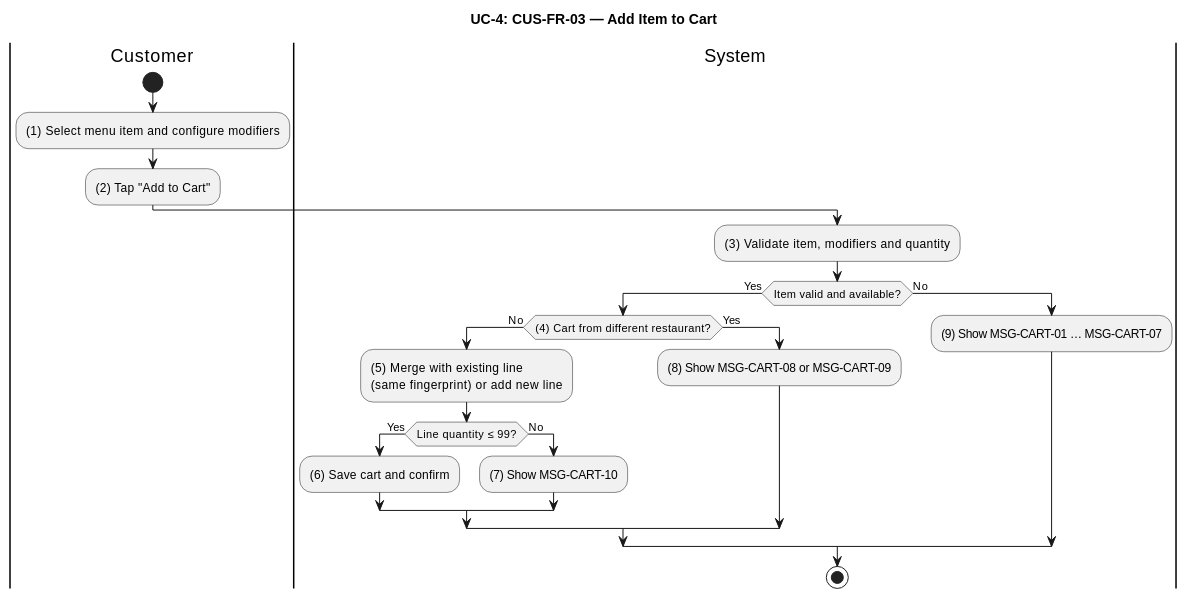
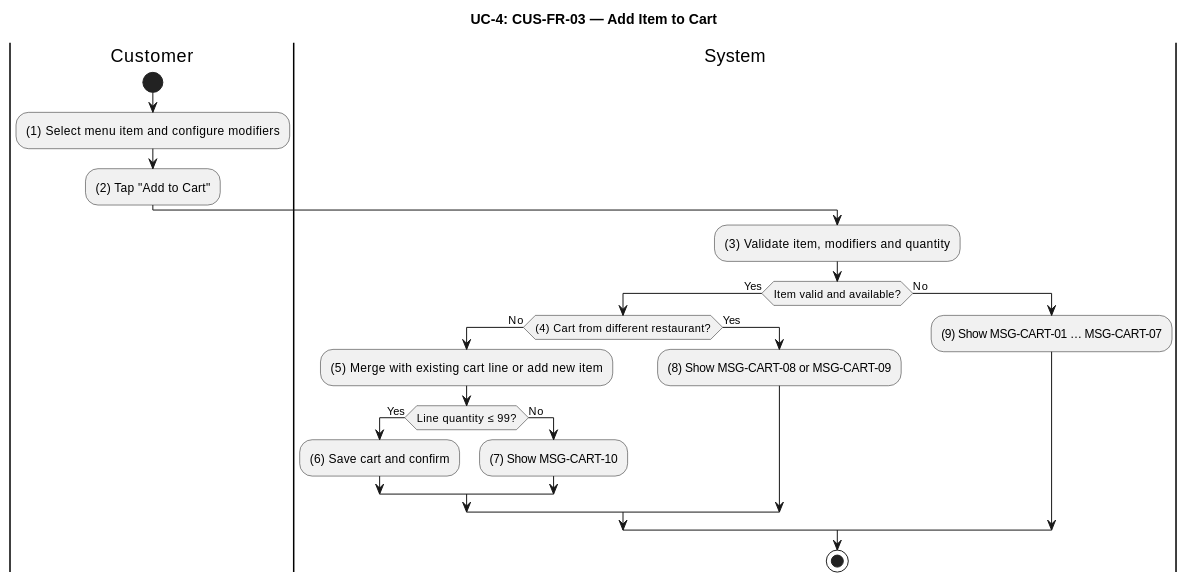
The fourth of 26 diagrams in apps/api/docs/Final_Documents/SRS_FoodDelivery.md (luubinhdeptrai/Food_Delivery), drawn with PlantUML before and after one commit. The commit also changed other lines of this file, not shown here.

````diff
--- a/apps/api/docs/Final_Documents/SRS_FoodDelivery.md
+++ b/apps/api/docs/Final_Documents/SRS_FoodDelivery.md
@@ -321,29 +341,29 @@
 ```plantuml
 @startuml UC4-Add-To-Cart
 title UC-4: CUS-FR-03 — Add Item to Cart
 skinparam ConditionEndStyle hline
 
 |Customer|
 start
 :(1) Select menu item and configure modifiers;
 :(2) Tap "Add to Cart";
 
 |System|
 :(3) Validate item, modifiers and quantity;
 if (Item valid and available?) then (Yes)
   if ((4) Cart from different restaurant?) then (No)
-    :(5) Merge with existing line\n(same fingerprint) or add new line;
+    :(5) Merge with existing cart line or add new item;
     if (Line quantity ≤ 99?) then (Yes)
       :(6) Save cart and confirm;
     else (No)
       :(7) Show MSG-CART-10;
     endif
   else (Yes)
     :(8) Show MSG-CART-08 or MSG-CART-09;
   endif
 else (No)
   :(9) Show MSG-CART-01 … MSG-CART-07;
 endif
 stop
 @enduml
 ```
````
